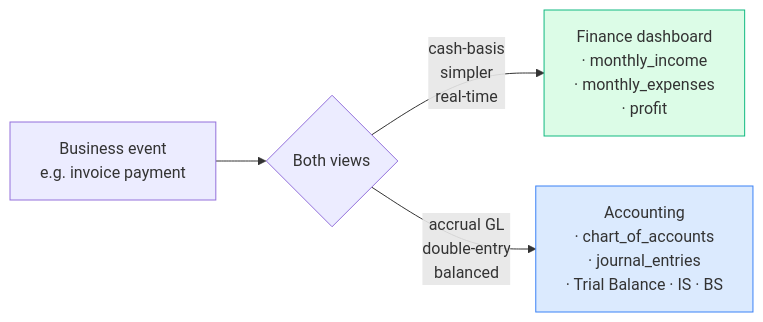
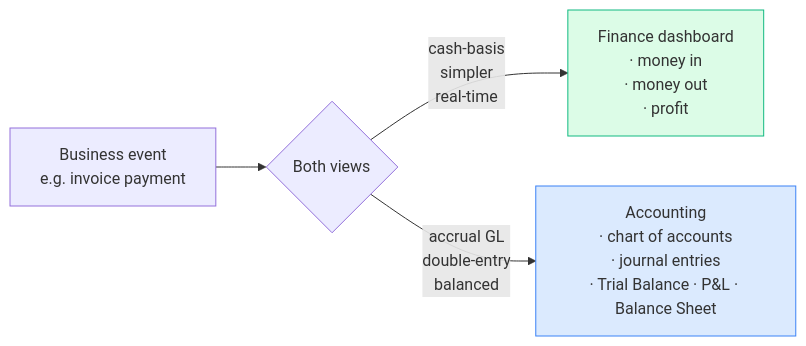
One commit to quilit-dev/quilit-erp changed the diagram in docs/manual/docs/finance/index.md. Above: the diagram before and after it, drawn with Mermaid. The commit also changed other lines of this file and 58 other files, not shown here.

````diff
--- a/docs/manual/docs/finance/index.md
+++ b/docs/manual/docs/finance/index.md
@@ -22,9 +22,9 @@
 ```mermaid
 flowchart LR
     EVT[Business event<br/>e.g. invoice payment] --> DUAL{Both views}
-    DUAL -->|cash-basis<br/>simpler<br/>real-time| CASH[Finance dashboard<br/>· monthly_income<br/>· monthly_expenses<br/>· profit]
-    DUAL -->|accrual GL<br/>double-entry<br/>balanced| GL[Accounting<br/>· chart_of_accounts<br/>· journal_entries<br/>· Trial Balance · IS · BS]
+    DUAL -->|cash-basis<br/>simpler<br/>real-time| CASH[Finance dashboard<br/>· money in<br/>· money out<br/>· profit]
+    DUAL -->|accrual GL<br/>double-entry<br/>balanced| GL[Accounting<br/>· chart of accounts<br/>· journal entries<br/>· Trial Balance · P&L · Balance Sheet]
 
     style CASH fill:#dcfce7,stroke:#10b981
     style GL fill:#dbeafe,stroke:#3b82f6
 ```
````
